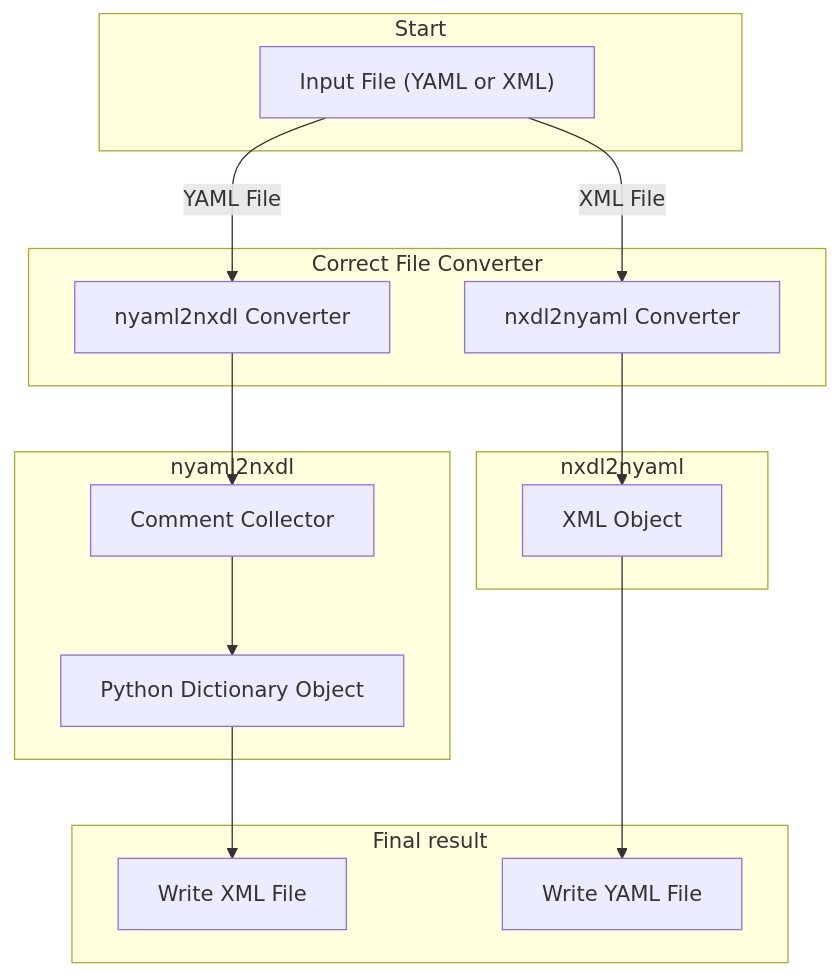
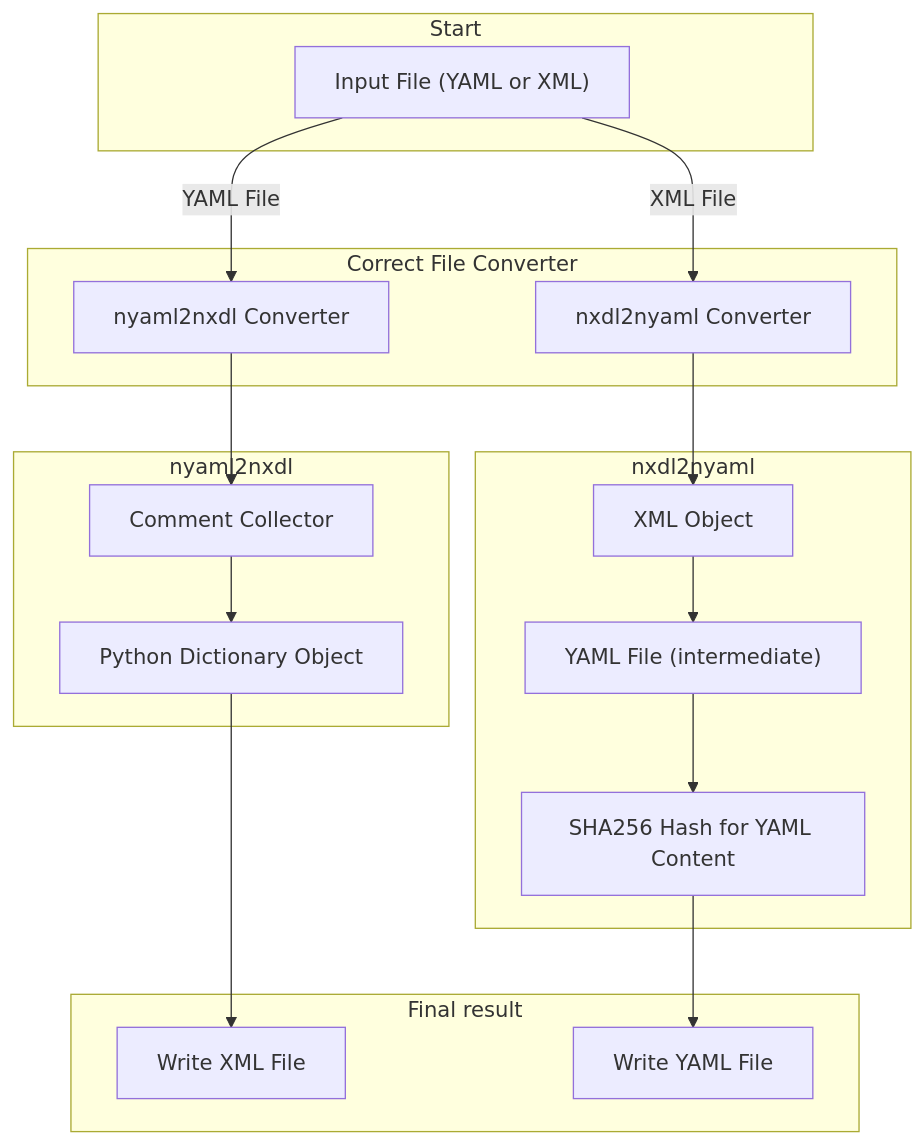
Before and after one commit to FAIRmat-NFDI/nyaml: the diagram in docs/learn/workflow.md, drawn with Mermaid. The commit also changed other lines of this file and 2 other files, not shown here.

Commit message:
nyaml workflow diagram.

````diff
--- a/docs/learn/workflow.md
+++ b/docs/learn/workflow.md
@@ -8,29 +36,32 @@
 ```mermaid
-graph TD;
-  subgraph Start
-    id1["Input File (YAML or XML)"]
-  end
-  subgraph Correct File Converter
-    id2["nyaml2nxdl Converter"]
-    id3["nxdl2nyaml Converter"]
-  end
-  subgraph nyaml2nxdl
-    id4["Comment Collector"]
-    id5["Python Dictionary Object"]
-  end
-  subgraph nxdl2nyaml
-    id6["XML Object"]
-  end
-  subgraph Final result
-  id7["Write XML File"]
-  id8["Write YAML File"]
-  end
-
-  id1--> |YAML File|id2
-  id1--> |XML File|id3
-  id2-->id4
-  id4-->id5
-  id3-->id6
-  id5-->id7
-  id6-->id8
+  graph TD;
+    subgraph Start
+      id1["Input File (YAML or XML)"]
+    end
+    subgraph Correct File Converter
+      id2["nyaml2nxdl Converter"]
+      id3["nxdl2nyaml Converter"]
+    end
+    subgraph nyaml2nxdl
+      id4["Comment Collector"]
+      id5["Python Dictionary Object"]
+    end
+    subgraph nxdl2nyaml
+      id6["XML Object"]
+      id7["YAML File (intermediate)"]
+      id8["SHA256 Hash for YAML Content"]
+    end
+    subgraph Final result
+    id9["Write XML File"]
+    id10["Write YAML File"]
+    end
+    id1--> |YAML File|id2
+    id1--> |XML File|id3
+    id2-->id4
+    id4-->id5
+    id3-->id6
+    id6-->id7
+    id7-->id8
+    id5-->id9
+    id8-->id10
 ```
````
